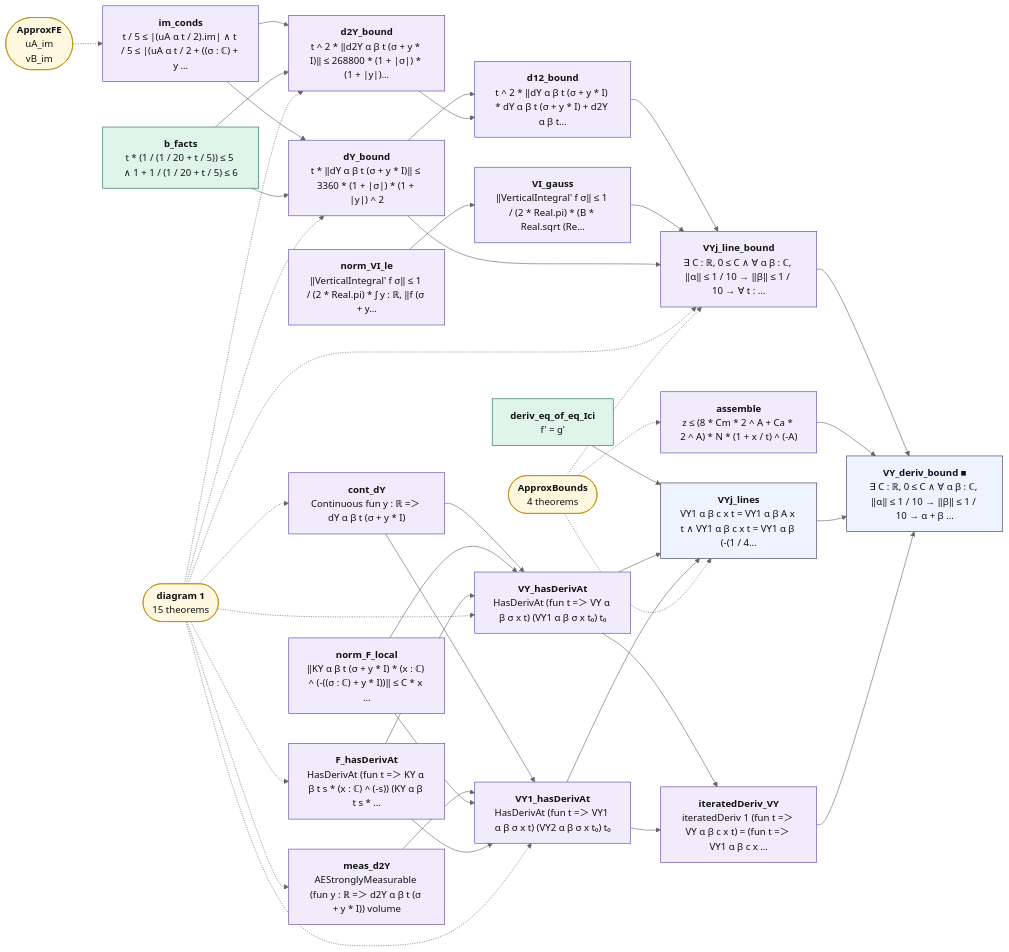
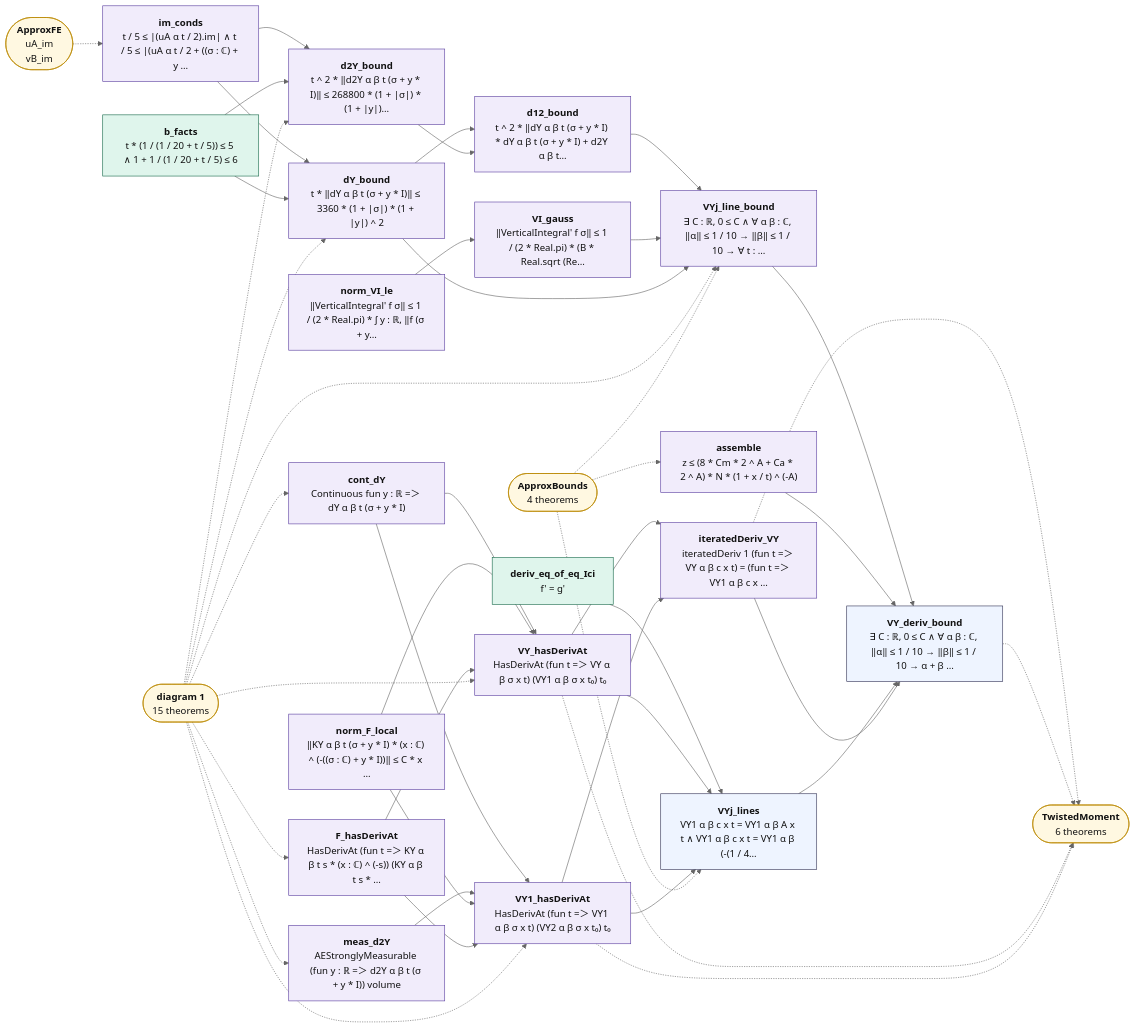
Before and after one commit to juliansambranojr/Primebeat_081426: the second of 2 diagrams in map/lean_stage3/ApproxDeriv.md, drawn with Mermaid (neutral theme). The commit also changed other lines of this file and 32 other files, not shown here.

````diff
--- a/map/lean_stage3/ApproxDeriv.md
+++ b/map/lean_stage3/ApproxDeriv.md
@@ -118,71 +120,76 @@
 ```mermaid
 flowchart LR
   n0["<b>cont_dY</b><br/>Continuous fun y : ℝ =＞ dY α β t (σ + y * I)"]:::shp
   n1["<b>meas_d2Y</b><br/>AEStronglyMeasurable (fun y : ℝ =＞ d2Y α β t (σ + y * I)) volume"]:::shp
   n2["<b>norm_F_local</b><br/>‖KY α β t (σ + y * I) * (x : ℂ) ^ (-((σ : ℂ) + y * I))‖ ≤ C * x …"]:::shp
   n3["<b>F_hasDerivAt</b><br/>HasDerivAt (fun t =＞ KY α β t s * (x : ℂ) ^ (-s)) (KY α β t s * …"]:::shp
   n4["<b>VY_hasDerivAt</b><br/>HasDerivAt (fun t =＞ VY α β σ x t) (VY1 α β σ x t₀) t₀"]:::shp
   n5["<b>VY1_hasDerivAt</b><br/>HasDerivAt (fun t =＞ VY1 α β σ x t) (VY2 α β σ x t₀) t₀"]:::shp
   n6["<b>im_conds</b><br/>t / 5 ≤ |(uA α t / 2).im| ∧ t / 5 ≤ |(uA α t / 2 + ((σ : ℂ) + y …"]:::shp
   n7["<b>b_facts</b><br/>t * (1 / (1 / 20 + t / 5)) ≤ 5 ∧ 1 + 1 / (1 / 20 + t / 5) ≤ 6"]:::cnt
   n8["<b>dY_bound</b><br/>t * ‖dY α β t (σ + y * I)‖ ≤ 3360 * (1 + |σ|) * (1 + |y|) ^ 2"]:::shp
   n9["<b>d2Y_bound</b><br/>t ^ 2 * ‖d2Y α β t (σ + y * I)‖ ≤ 268800 * (1 + |σ|) * (1 + |y|)…"]:::shp
   n10["<b>d12_bound</b><br/>t ^ 2 * ‖dY α β t (σ + y * I) * dY α β t (σ + y * I) + d2Y α β t…"]:::shp
   n11["<b>norm_VI_le</b><br/>‖VerticalIntegral' f σ‖ ≤ 1 / (2 * Real.pi) * ∫ y : ℝ, ‖f (σ + y…"]:::shp
   n12["<b>VI_gauss</b><br/>‖VerticalIntegral' f σ‖ ≤ 1 / (2 * Real.pi) * (B * Real.sqrt (Re…"]:::shp
   n13["<b>VYj_line_bound</b><br/>∃ C : ℝ, 0 ≤ C ∧ ∀ α β : ℂ, ‖α‖ ≤ 1 / 10 → ‖β‖ ≤ 1 / 10 → ∀ t : …"]:::shp
   n14["<b>assemble</b><br/>z ≤ (8 * Cm * 2 ^ A + Ca * 2 ^ A) * N * (1 + x / t) ^ (-A)"]:::shp
   n15["<b>deriv_eq_of_eq_Ici</b><br/>f' = g'"]:::cnt
   n16["<b>VYj_lines</b><br/>VY1 α β c x t = VY1 α β A x t ∧ VY1 α β c x t = VY1 α β (-(1 / 4…"]:::thm
   n17["<b>iteratedDeriv_VY</b><br/>iteratedDeriv 1 (fun t =＞ VY α β c x t) = (fun t =＞ VY1 α β c x …"]:::shp
-  n18["<b>VY_deriv_bound ■</b><br/>∃ C : ℝ, 0 ≤ C ∧ ∀ α β : ℂ, ‖α‖ ≤ 1 / 10 → ‖β‖ ≤ 1 / 10 → α + β …"]:::thm
+  n18["<b>VY_deriv_bound</b><br/>∃ C : ℝ, 0 ≤ C ∧ ∀ α β : ℂ, ‖α‖ ≤ 1 / 10 → ‖β‖ ≤ 1 / 10 → α + β …"]:::thm
   x0(["<b>diagram 1</b><br/>15 theorems"]):::ext
-  x1(["<b>ApproxFE</b><br/>uA_im<br/>vB_im"]):::ext
-  x2(["<b>ApproxBounds</b><br/>4 theorems"]):::ext
+  x1(["<b>TwistedMoment</b><br/>6 theorems"]):::ext
+  x2(["<b>ApproxFE</b><br/>uA_im<br/>vB_im"]):::ext
+  x3(["<b>ApproxBounds</b><br/>4 theorems"]):::ext
   n0 --> n4
   n0 --> n5
   n1 --> n5
   n10 --> n13
   n11 --> n12
   n12 --> n13
   n13 --> n18
   n14 --> n18
   n15 --> n16
   n16 --> n18
   n17 --> n18
   n2 --> n4
   n2 --> n5
   n3 --> n4
   n3 --> n5
   n4 --> n16
   n4 --> n17
   n5 --> n16
   n5 --> n17
   n6 --> n8
   n6 --> n9
   n7 --> n8
   n7 --> n9
   n8 --> n10
   n8 --> n13
   n9 --> n10
+  n17 -.-> x1
+  n18 -.-> x1
+  n4 -.-> x1
+  n5 -.-> x1
   x0 -.-> n0
   x0 -.-> n1
   x0 -.-> n13
   x0 -.-> n3
   x0 -.-> n4
   x0 -.-> n5
   x0 -.-> n8
   x0 -.-> n9
-  x1 -.-> n6
-  x2 -.-> n13
-  x2 -.-> n14
-  x2 -.-> n16
+  x2 -.-> n6
+  x3 -.-> n13
+  x3 -.-> n14
+  x3 -.-> n16
   classDef cnt fill:#dff5ec,stroke:#17694a,color:#111
   classDef shp fill:#f1ecfb,stroke:#5b3fa0,color:#111
   classDef rh fill:#ffe5e5,stroke:#c22,color:#111,stroke-width:2px
   classDef thm fill:#eef4ff,stroke:#335,color:#111
   classDef end_ fill:#e7f7e7,stroke:#2a7,color:#111,stroke-width:2px
   classDef lone fill:#fff,stroke:#999,color:#111,stroke-dasharray:4 3
   classDef bad fill:#ffe5e5,stroke:#c22,color:#111,stroke-width:2px
   classDef ext fill:#fff8e1,stroke:#b80,color:#111
 ```
````
